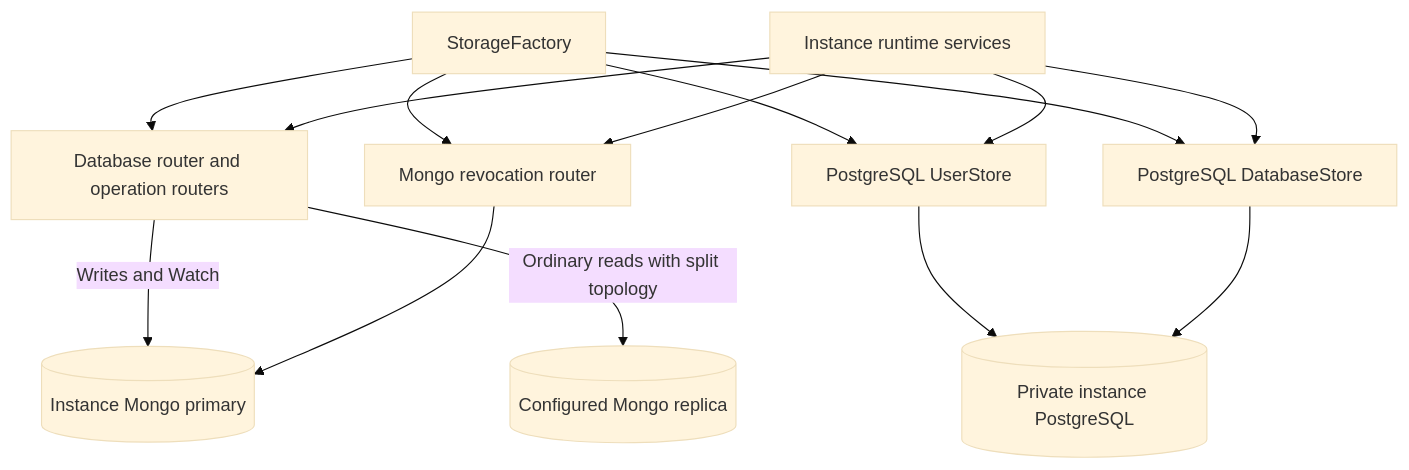
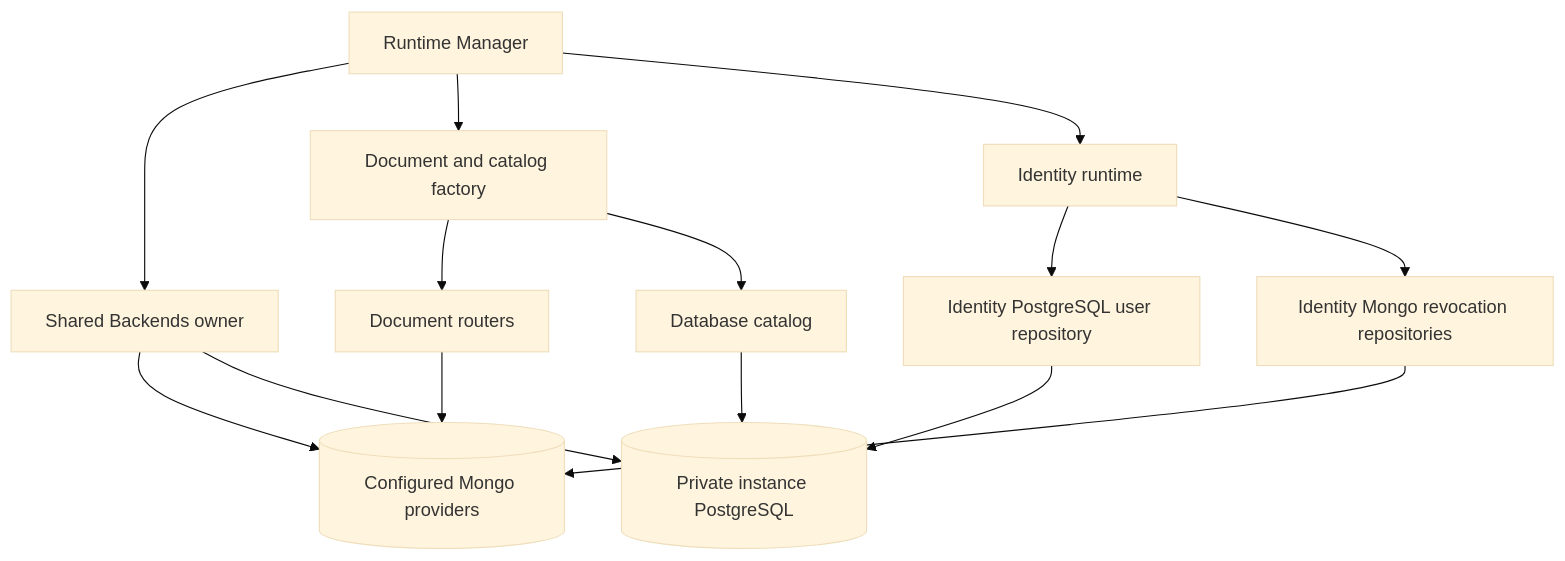
Before and after one commit to codetreker/syntrix: the diagram in docs/design/server/core/storage/01.architecture.md, drawn with Mermaid (base theme). The commit also changed other lines of this file and 133 other files, not shown here.

First line of the commit message:
refactor(identity): own repositories and runtime composition (#174)

````diff
--- a/docs/design/server/core/storage/01.architecture.md
+++ b/docs/design/server/core/storage/01.architecture.md
@@ -53,25 +52,26 @@
 ```mermaid
 flowchart TB
-    RUNTIME[Instance runtime services]
-    FACTORY[StorageFactory]
-    DOC[Database router and operation routers]
-    USER[PostgreSQL UserStore]
-    CATALOG[PostgreSQL DatabaseStore]
-    REV[Mongo revocation router]
-    PRIMARY[(Instance Mongo primary)]
-    REPLICA[(Configured Mongo replica)]
+    MANAGER[Runtime Manager]
+    BACKENDS[Shared Backends owner]
+    FACTORY[Document and catalog factory]
+    IDENTITY[Identity runtime]
+    DOC[Document routers]
+    USER[Identity PostgreSQL user repository]
+    CATALOG[Database catalog]
+    REV[Identity Mongo revocation repositories]
+    MONGO[(Configured Mongo providers)]
     PG[(Private instance PostgreSQL)]
+    MANAGER --> BACKENDS
+    MANAGER --> FACTORY
+    MANAGER --> IDENTITY
+    BACKENDS --> MONGO
+    BACKENDS --> PG
     FACTORY --> DOC
-    FACTORY --> USER
     FACTORY --> CATALOG
-    FACTORY --> REV
-    RUNTIME --> DOC
-    RUNTIME --> USER
-    RUNTIME --> CATALOG
-    RUNTIME --> REV
-    DOC -->|Writes and Watch| PRIMARY
-    DOC -->|Ordinary reads with split topology| REPLICA
+    IDENTITY --> USER
+    IDENTITY --> REV
+    DOC --> MONGO
+    REV --> MONGO
     USER --> PG
     CATALOG --> PG
-    REV --> PRIMARY
 ```
````
